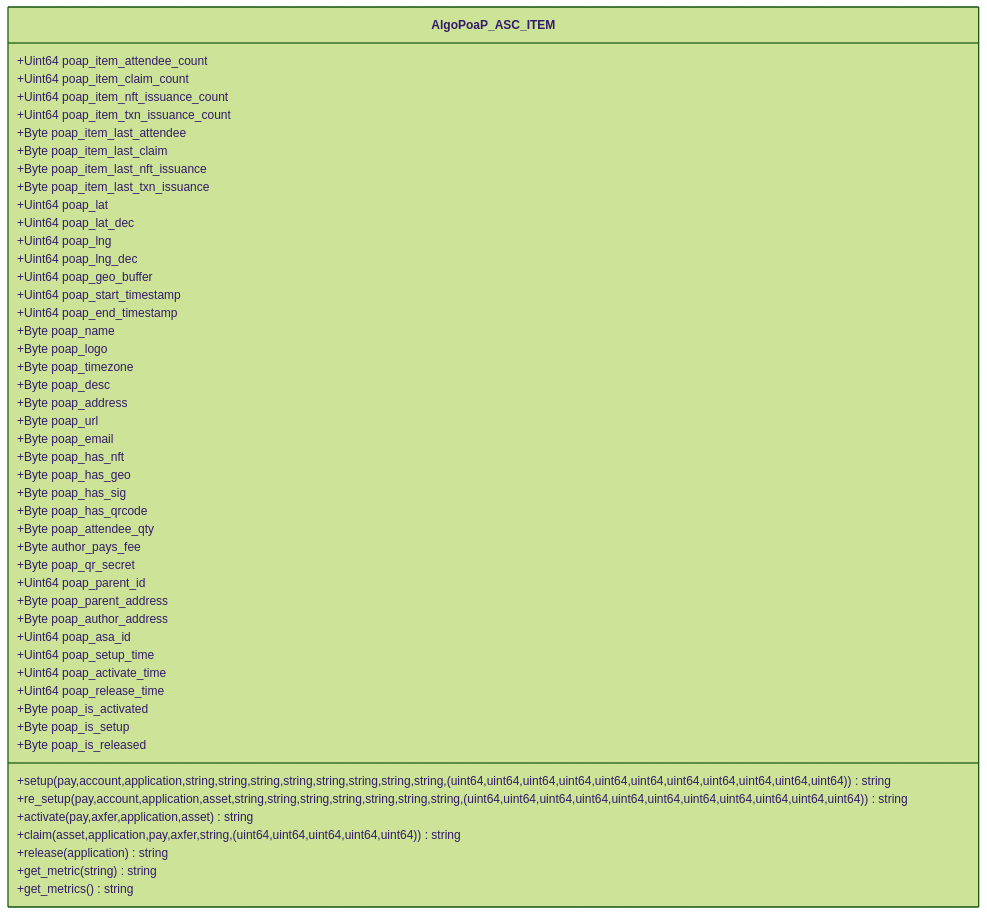
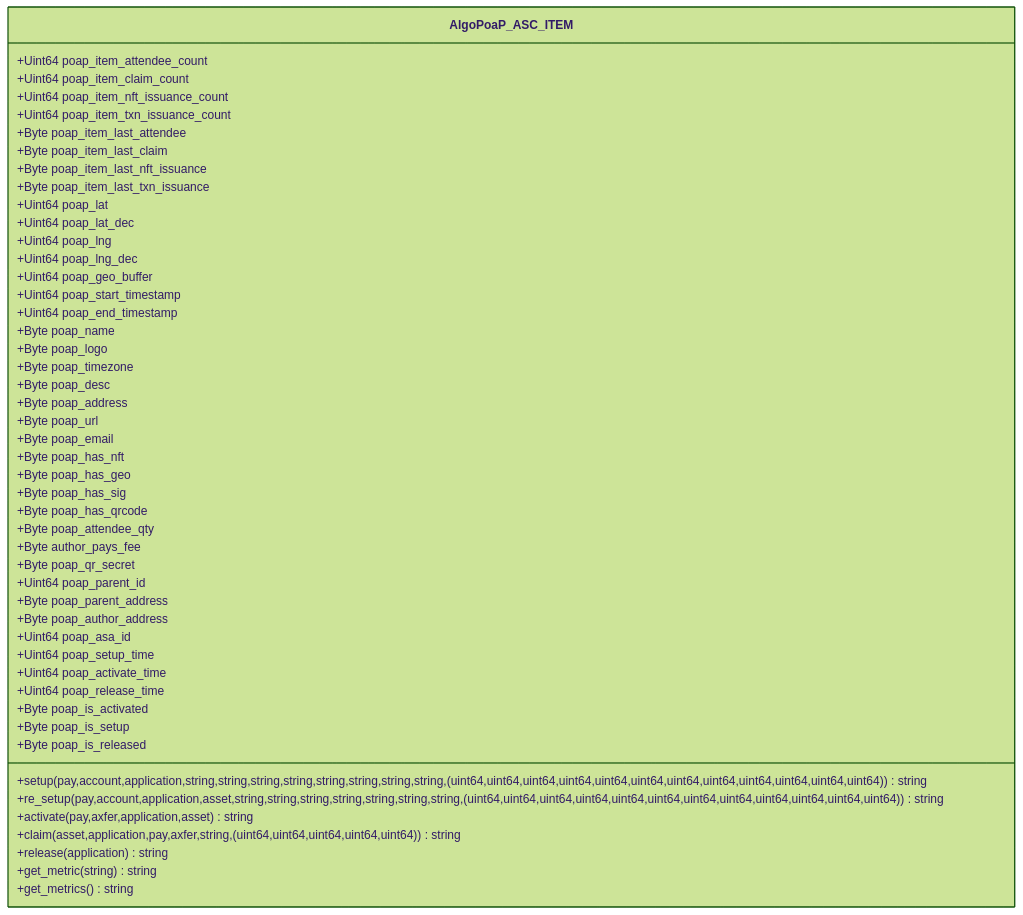
One commit to GoPlausible/.github changed the tenth of 10 diagrams in profile/README.md. Above: the diagram before and after it, drawn with Mermaid (forest theme). The commit also changed other lines of this file, not shown here.

````diff
--- a/profile/README.md
+++ b/profile/README.md
@@ -596,66 +657,66 @@
 ```mermaid
   classDiagram
     class AlgoPoaP_ASC_ITEM
     AlgoPoaP_ASC_ITEM : +Uint64 poap_item_attendee_count
     AlgoPoaP_ASC_ITEM : +Uint64 poap_item_claim_count
     AlgoPoaP_ASC_ITEM : +Uint64 poap_item_nft_issuance_count
     AlgoPoaP_ASC_ITEM : +Uint64 poap_item_txn_issuance_count
   
     AlgoPoaP_ASC_ITEM : +Byte poap_item_last_attendee
     AlgoPoaP_ASC_ITEM : +Byte poap_item_last_claim
     AlgoPoaP_ASC_ITEM : +Byte poap_item_last_nft_issuance
     AlgoPoaP_ASC_ITEM : +Byte poap_item_last_txn_issuance
 
 
     AlgoPoaP_ASC_ITEM : +Uint64 poap_lat
     AlgoPoaP_ASC_ITEM : +Uint64 poap_lat_dec
     AlgoPoaP_ASC_ITEM : +Uint64 poap_lng
     AlgoPoaP_ASC_ITEM : +Uint64 poap_lng_dec
     AlgoPoaP_ASC_ITEM : +Uint64 poap_geo_buffer
     AlgoPoaP_ASC_ITEM : +Uint64 poap_start_timestamp
     AlgoPoaP_ASC_ITEM : +Uint64 poap_end_timestamp
     AlgoPoaP_ASC_ITEM : +Byte poap_name
     AlgoPoaP_ASC_ITEM : +Byte poap_logo
     AlgoPoaP_ASC_ITEM : +Byte poap_timezone
     AlgoPoaP_ASC_ITEM : +Byte poap_desc
     AlgoPoaP_ASC_ITEM : +Byte poap_address
     AlgoPoaP_ASC_ITEM : +Byte poap_url
     AlgoPoaP_ASC_ITEM : +Byte poap_email
     AlgoPoaP_ASC_ITEM : +Byte poap_has_nft
     AlgoPoaP_ASC_ITEM : +Byte poap_has_geo
     AlgoPoaP_ASC_ITEM : +Byte poap_has_sig
     AlgoPoaP_ASC_ITEM : +Byte poap_has_qrcode
     AlgoPoaP_ASC_ITEM : +Byte poap_attendee_qty
     AlgoPoaP_ASC_ITEM : +Byte author_pays_fee
     AlgoPoaP_ASC_ITEM : +Byte poap_qr_secret
 
 
     AlgoPoaP_ASC_ITEM : +Uint64 poap_parent_id
     AlgoPoaP_ASC_ITEM : +Byte poap_parent_address
     AlgoPoaP_ASC_ITEM : +Byte poap_author_address
     AlgoPoaP_ASC_ITEM : +Uint64 poap_asa_id
 
     AlgoPoaP_ASC_ITEM : +Uint64 poap_setup_time
     AlgoPoaP_ASC_ITEM : +Uint64 poap_activate_time
     AlgoPoaP_ASC_ITEM : +Uint64 poap_release_time
 
 
      AlgoPoaP_ASC_ITEM : +Byte poap_is_activated
     AlgoPoaP_ASC_ITEM : +Byte poap_is_setup
     AlgoPoaP_ASC_ITEM : +Byte poap_is_released
 
 
 
  
 
-    AlgoPoaP_ASC_ITEM : +setup(pay,account,application,string,string,string,string,string,string,string,string,(uint64,uint64,uint64,uint64,uint64,uint64,uint64,uint64,uint64,uint64,uint64))string
-    AlgoPoaP_ASC_ITEM : +re_setup(pay,account,application,asset,string,string,string,string,string,string,string,(uint64,uint64,uint64,uint64,uint64,uint64,uint64,uint64,uint64,uint64,uint64))string
+    AlgoPoaP_ASC_ITEM : +setup(pay,account,application,string,string,string,string,string,string,string,string,(uint64,uint64,uint64,uint64,uint64,uint64,uint64,uint64,uint64,uint64,uint64,uint64))string
+    AlgoPoaP_ASC_ITEM : +re_setup(pay,account,application,asset,string,string,string,string,string,string,string,(uint64,uint64,uint64,uint64,uint64,uint64,uint64,uint64,uint64,uint64,uint64,uint64))string
     AlgoPoaP_ASC_ITEM : +activate(pay,axfer,application,asset)string
     AlgoPoaP_ASC_ITEM : +claim(asset,application,pay,axfer,string,(uint64,uint64,uint64,uint64,uint64))string
     AlgoPoaP_ASC_ITEM : +release(application)string
     AlgoPoaP_ASC_ITEM : +get_metric(string)string
     AlgoPoaP_ASC_ITEM : +get_metrics()string
     
   
     
 ```
````
